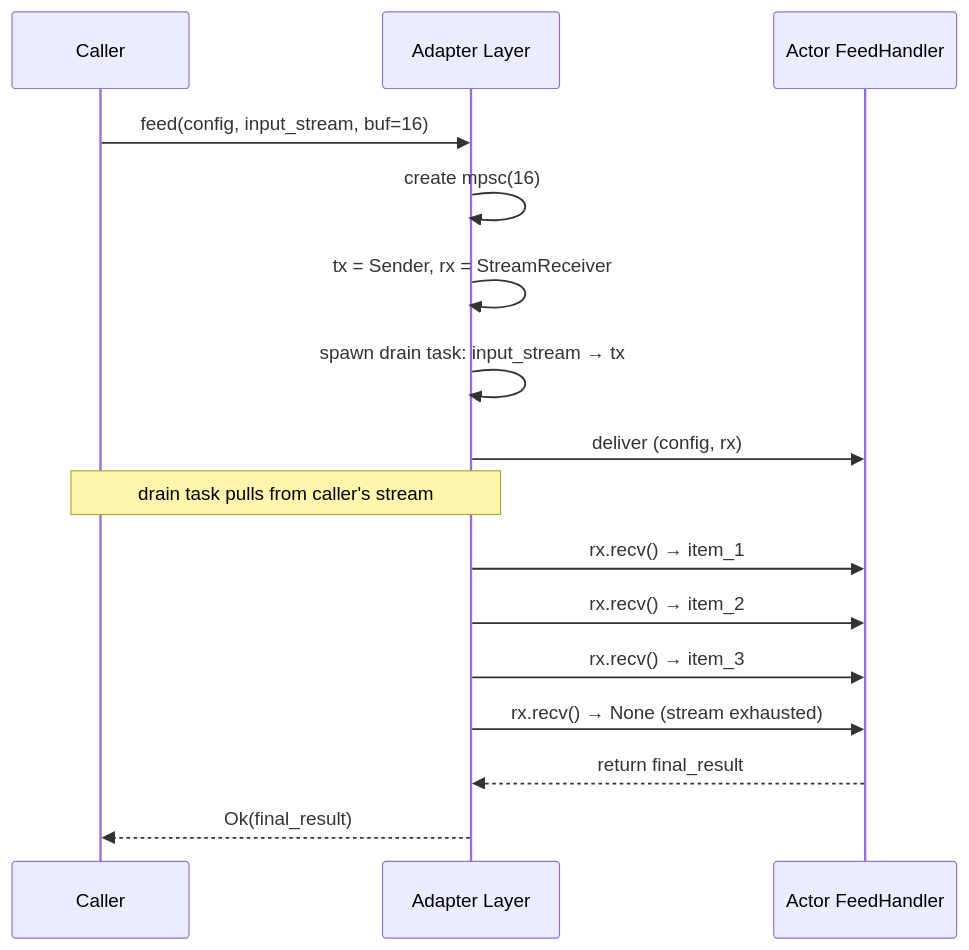
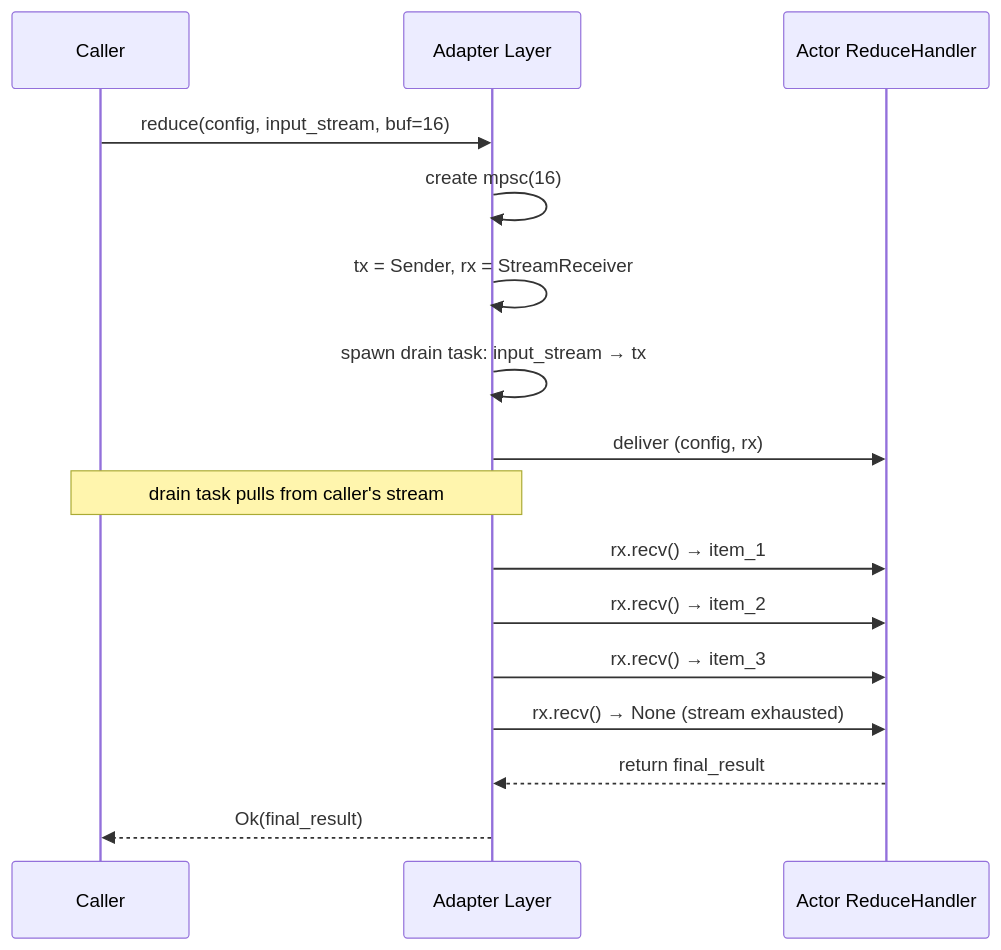
One commit to Yaming-Hub/dactor changed the eighth of 43 diagrams in docs/design-v0.2.md. Above: the diagram before and after it, drawn with Mermaid. The commit also changed other lines of this file and 33 other files, not shown here.

First line of the commit message:
Rename streaming APIs: stream->expand, feed->reduce + cluster docs (#91)

````diff
--- a/docs/design-v0.2.md
+++ b/docs/design-v0.2.md
@@ -1662,21 +1662,21 @@
 ```mermaid
 sequenceDiagram
     participant C as Caller
     participant A as Adapter Layer
-    participant H as Actor FeedHandler
+    participant H as Actor ReduceHandler
 
-    C->>A: feed(config, input_stream, buf=16)
+    C->>A: reduce(config, input_stream, buf=16)
     A->>A: create mpsc(16)
     A->>A: tx = Sender, rx = StreamReceiver
     A->>A: spawn drain task: input_stream → tx
     A->>H: deliver (config, rx)
 
     Note over C,A: drain task pulls from caller's stream
     A->>H: rx.recv() → item_1
     A->>H: rx.recv() → item_2
     A->>H: rx.recv() → item_3
     A->>H: rx.recv() → None (stream exhausted)
 
     H-->>A: return final_result
     A-->>C: Ok(final_result)
 ```
````
